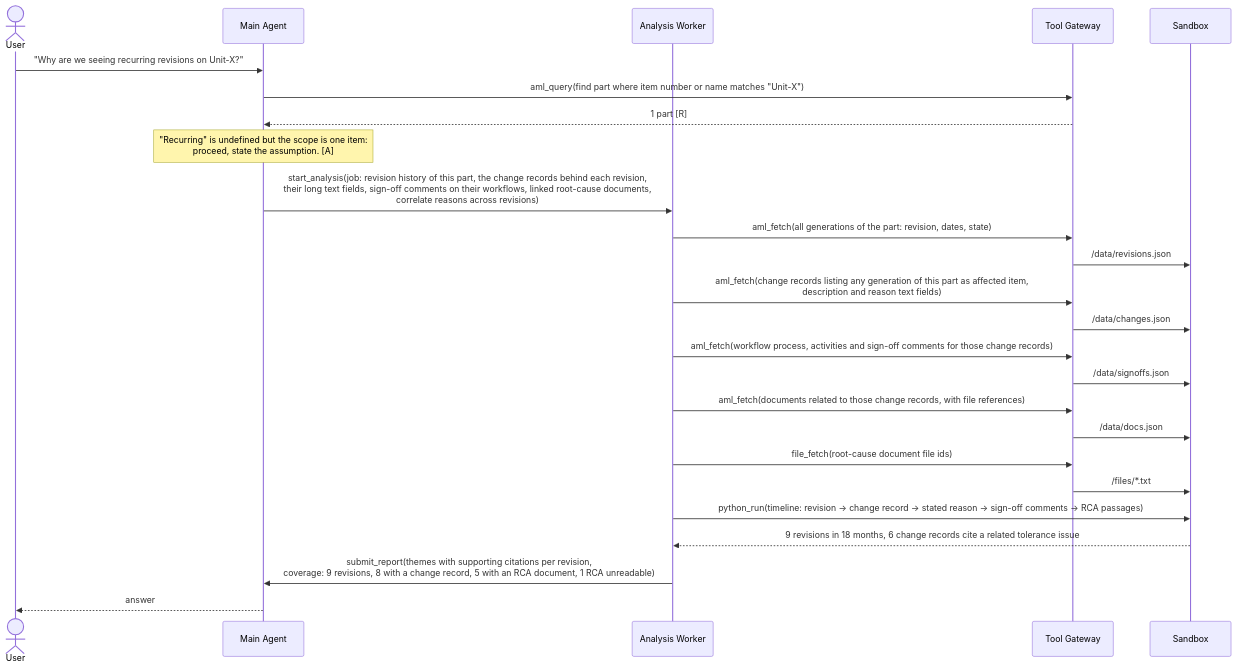
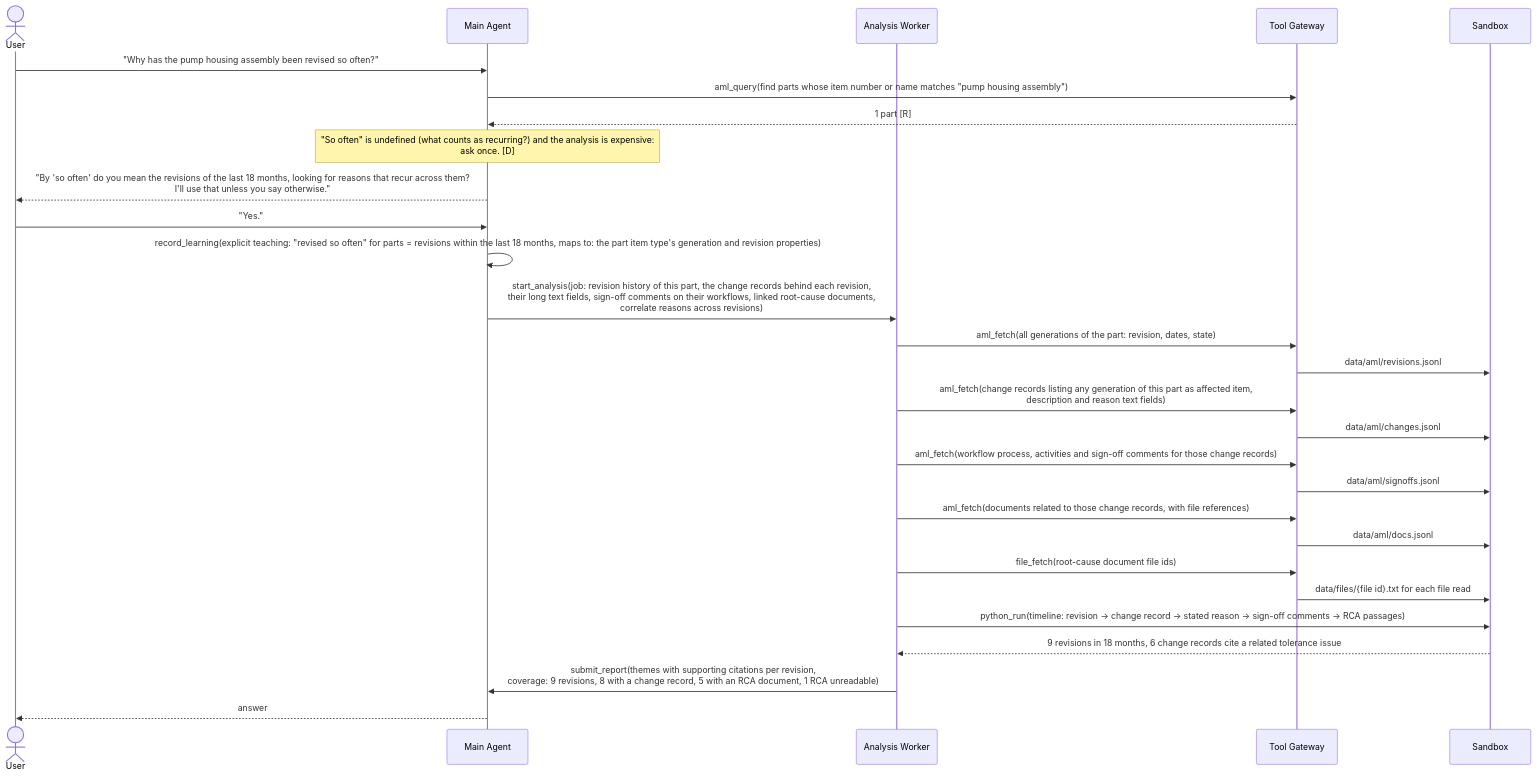
One commit to omkarbhale/aras-insight changed the sixth of 8 diagrams in docs/architecture/question-lifecycle.md. Above: the diagram before and after it, drawn with Mermaid. The commit also changed other lines of this file and 99 other files, not shown here.

````diff
--- a/docs/architecture/question-lifecycle.md
+++ b/docs/architecture/question-lifecycle.md
@@ -206,28 +208,31 @@
 ```mermaid
 sequenceDiagram
     actor U as User
     participant MA as Main Agent
     participant W as Analysis Worker
     participant GW as Tool Gateway
     participant SB as Sandbox
 
-    U->>MA: "Why are we seeing recurring revisions on Unit-X?"
-    MA->>GW: aml_query(find part where item number or name matches "Unit-X")
+    U->>MA: "Why has the pump housing assembly been revised so often?"
+    MA->>GW: aml_query(find parts whose item number or name matches "pump housing assembly")
     GW-->>MA: 1 part [R]
-    Note over MA: "Recurring" is undefined but the scope is one item:<br/>proceed, state the assumption. [A]
+    Note over MA: "So often" is undefined (what counts as recurring?) and the analysis is expensive:<br/>ask once. [D]
+    MA-->>U: "By 'so often' do you mean the revisions of the last 18 months, looking for reasons that recur across them?<br/>I'll use that unless you say otherwise."
+    U->>MA: "Yes."
+    MA->>MA: record_learning(explicit teaching: "revised so often" for parts = revisions within the last 18 months, maps to: the part item type's generation and revision properties)
     MA->>W: start_analysis(job: revision history of this part, the change records behind each revision,<br/>their long text fields, sign-off comments on their workflows, linked root-cause documents,<br/>correlate reasons across revisions)
     W->>GW: aml_fetch(all generations of the part: revision, dates, state)
-    GW->>SB: /data/revisions.json
+    GW->>SB: data/aml/revisions.jsonl
     W->>GW: aml_fetch(change records listing any generation of this part as affected item,<br/>description and reason text fields)
-    GW->>SB: /data/changes.json
+    GW->>SB: data/aml/changes.jsonl
     W->>GW: aml_fetch(workflow process, activities and sign-off comments for those change records)
-    GW->>SB: /data/signoffs.json
+    GW->>SB: data/aml/signoffs.jsonl
     W->>GW: aml_fetch(documents related to those change records, with file references)
-    GW->>SB: /data/docs.json
+    GW->>SB: data/aml/docs.jsonl
     W->>GW: file_fetch(root-cause document file ids)
-    GW->>SB: /files/*.txt
+    GW->>SB: data/files/{file id}.txt for each file read
     W->>SB: python_run(timeline: revision -> change record -> stated reason -> sign-off comments -> RCA passages)
     SB-->>W: 9 revisions in 18 months, 6 change records cite a related tolerance issue
     W->>MA: submit_report(themes with supporting citations per revision,<br/>coverage: 9 revisions, 8 with a change record, 5 with an RCA document, 1 RCA unreadable)
     MA-->>U: answer
 ```
````
